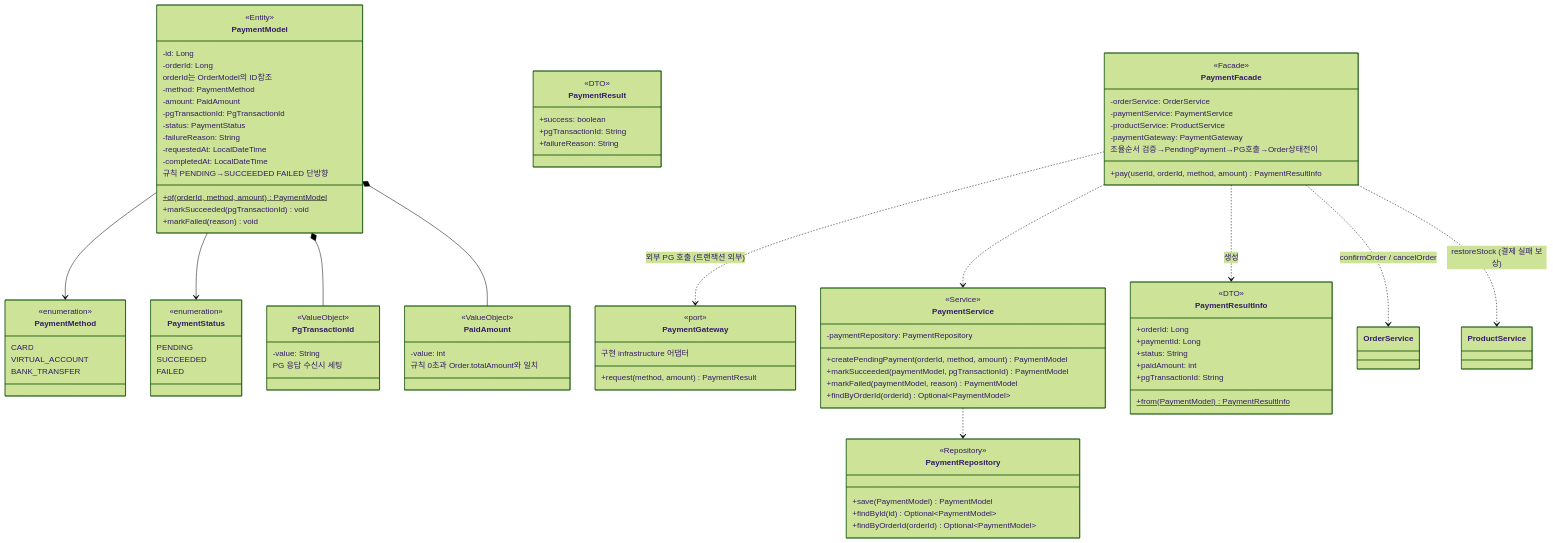
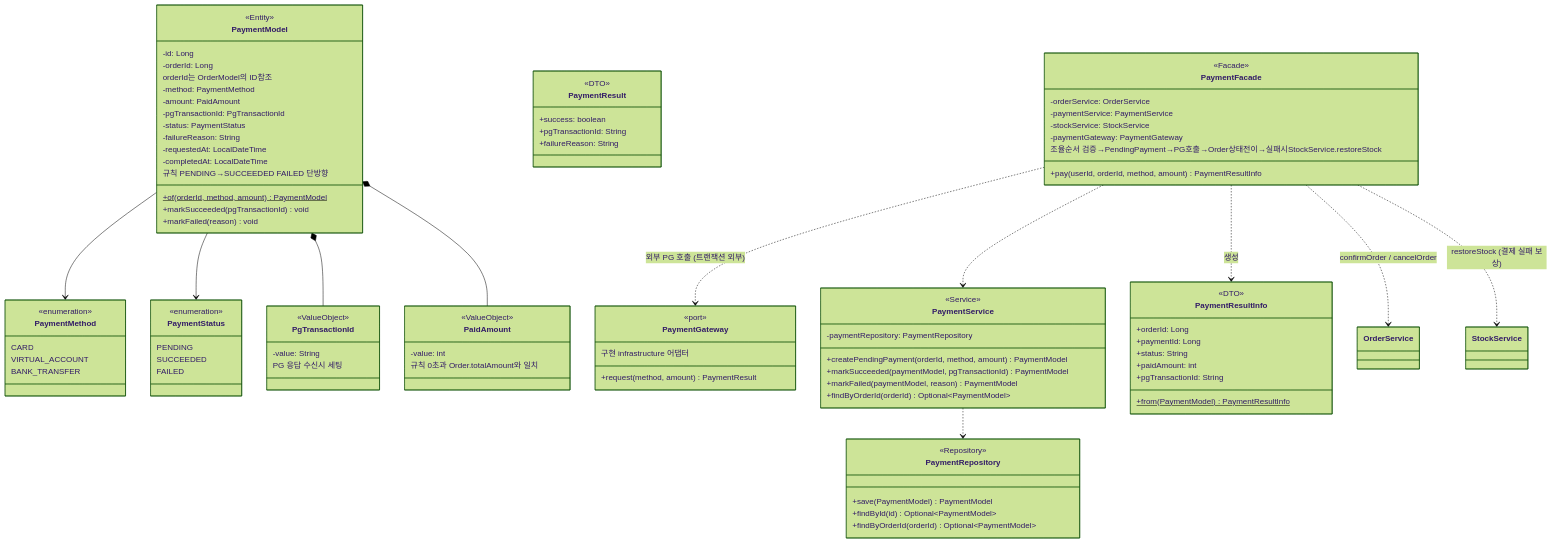
The sixth of 8 diagrams in .docs/design/03-class-diagram.md (Rojojun/loop-pack-be-l2-vol4-kotlin), drawn with Mermaid (forest theme) before and after one commit. The commit also changed other lines of this file and 2 other files, not shown here.

Commit message:
docs: 개발전 설계 문서 수정 stock 분리

````diff
--- a/.docs/design/03-class-diagram.md
+++ b/.docs/design/03-class-diagram.md
@@ -766,9 +815,9 @@
         <<Facade>>
         -orderService: OrderService
         -paymentService: PaymentService
-        -productService: ProductService
+        -stockService: StockService
         -paymentGateway: PaymentGateway
-        조율순서 검증→PendingPayment→PG호출→Order상태전이
+        조율순서 검증→PendingPayment→PG호출→Order상태전이→실패시StockService.restoreStock
         +pay(userId, orderId, method, amount) PaymentResultInfo
     }
 
@@ -790,7 +839,7 @@
     PaymentService ..> PaymentRepository
     PaymentFacade ..> PaymentService
     PaymentFacade ..> OrderService : confirmOrder / cancelOrder
-    PaymentFacade ..> ProductService : restoreStock (결제 실패 보상)
+    PaymentFacade ..> StockService : restoreStock (결제 실패 보상)
     PaymentFacade ..> PaymentGateway : 외부 PG 호출 (트랜잭션 외부)
     PaymentFacade ..> PaymentResultInfo : 생성
 ```
````
